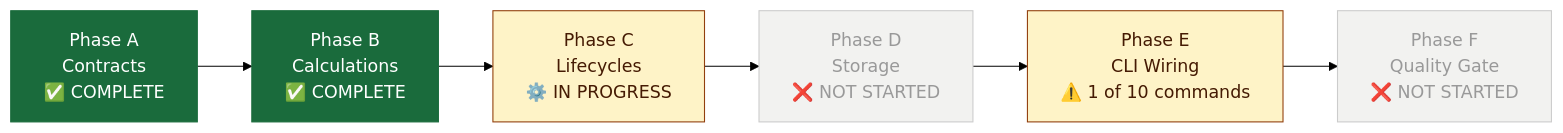
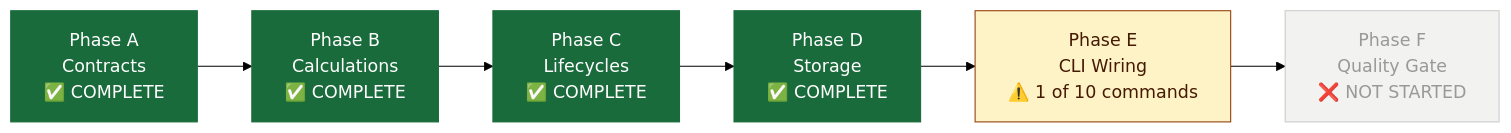
The third of 25 diagrams in Docs/stage1_implementation_status.md (MoaminShikha/student-expense-tracker), drawn with Mermaid (forest theme) before and after one commit. The commit also changed other lines of this file and 6 other files, not shown here.

````diff
--- a/Docs/stage1_implementation_status.md
+++ b/Docs/stage1_implementation_status.md
@@ -59,15 +59,15 @@
 ```mermaid
 graph LR
     A["Phase A\nContracts\n✅ COMPLETE"]:::done
     B["Phase B\nCalculations\n✅ COMPLETE"]:::done
-    C["Phase C\nLifecycles\n⚙️ IN PROGRESS"]:::partial
-    D["Phase D\nStorage\n❌ NOT STARTED"]:::todo
+    C["Phase C\nLifecycles\n✅ COMPLETE"]:::done
+    D["Phase D\nStorage\n✅ COMPLETE"]:::done
     E["Phase E\nCLI Wiring\n⚠️ 1 of 10 commands"]:::partial
     F["Phase F\nQuality Gate\n❌ NOT STARTED"]:::todo
 
     A --> B --> C --> D --> E --> F
 
     classDef done fill:#1a6b3c,stroke:#1a6b3c,color:#fff
     classDef todo fill:#f2f2f0,stroke:#ccc,color:#999
     classDef partial fill:#fef3c7,stroke:#92400e,color:#451a03
 ```
````
